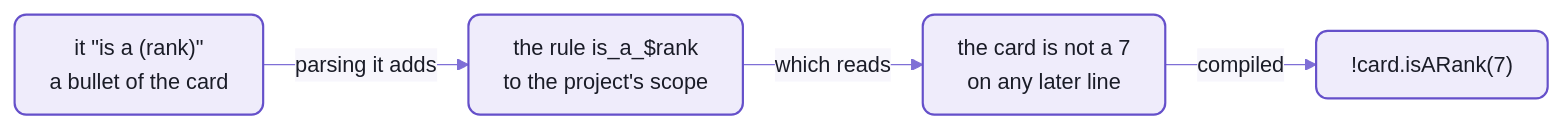
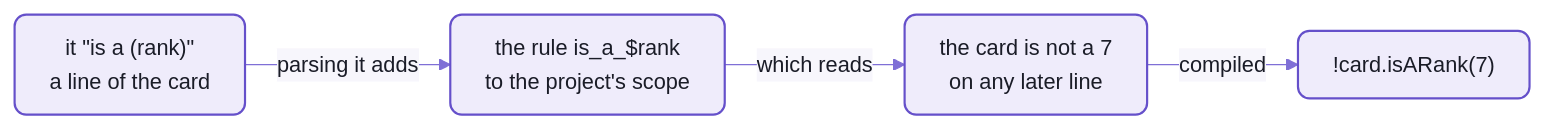
One commit to spell-app/spell changed the first of 2 diagrams in parser/README-spell.md. Above: the diagram before and after it, drawn with Mermaid. The commit also changed other lines of this file and 267 other files, not shown here.

````diff
--- a/parser/README-spell.md
+++ b/parser/README-spell.md
@@ -243,9 +243,9 @@
 ```mermaid
 %%{init: {"theme":"base","themeVariables":{"fontFamily":"-apple-system, BlinkMacSystemFont, Segoe UI, Helvetica, Arial, sans-serif","fontSize":"15px","primaryColor":"#EFECFB","primaryBorderColor":"#6550CA","primaryTextColor":"#1A1C27","secondaryColor":"#F4F1E9","tertiaryColor":"#F7F6FC","lineColor":"#7F6FD6","textColor":"#7F6FD6","clusterBkg":"#F7F6FC","clusterBorder":"#B9B0E8","titleColor":"#1A1C27","edgeLabelBackground":"#F7F6FC","actorBkg":"#EFECFB","actorBorder":"#6550CA","actorTextColor":"#1A1C27","actorLineColor":"#9C90DE","signalColor":"#7F6FD6","signalTextColor":"#7F6FD6","labelBoxBkgColor":"#EFECFB","labelBoxBorderColor":"#6550CA","labelTextColor":"#1A1C27","loopTextColor":"#7F6FD6","noteBkgColor":"#F1E7D4","noteBorderColor":"#C9B48A","noteTextColor":"#1A1C27","activationBkgColor":"#DCD6F7","activationBorderColor":"#6550CA","sequenceNumberColor":"#FFFFFF"},"flowchart":{"curve":"basis","padding":12,"nodeSpacing":40,"rankSpacing":44}}}%%
 flowchart LR
-  bullet["it #quot;is a (rank)#quot;<br/>a bullet of the card"] -->|parsing it adds| rule["the rule is_a_$rank<br/>to the project's scope"]
+  bullet["it #quot;is a (rank)#quot;<br/>a line of the card"] -->|parsing it adds| rule["the rule is_a_$rank<br/>to the project's scope"]
   rule -->|which reads| later["the card is not a 7<br/>on any later line"]
   later -->|compiled| js["!card.isARank(7)"]
   %% the Spell look:  yarn mermaid:pretty
   classDef default fill:#EFECFB,stroke:#6550CA,stroke-width:1.5px,color:#1A1C27,rx:8px,ry:8px
 ```
````
